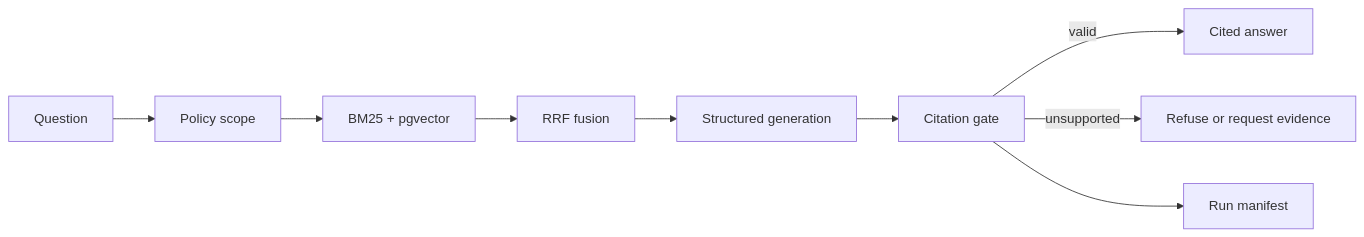
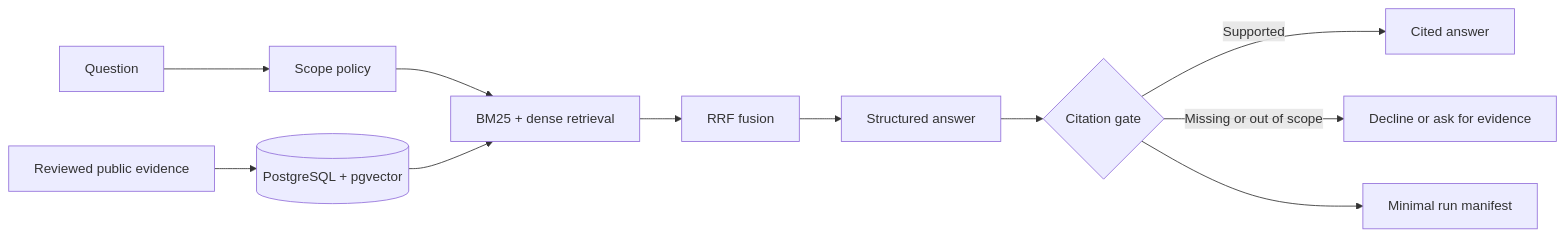
The diagram in README.md (catRiceY/career-evidence-agent), drawn with Mermaid before and after one commit. The commit also changed other lines of this file, not shown here.

Commit message:
Refresh Career Evidence Agent README with architecture and scope

````diff
--- a/README.md
+++ b/README.md
@@ -26,11 +19,13 @@
 ```mermaid
 flowchart LR
-    Q[Question] --> P[Policy scope]
-    P --> R[BM25 + pgvector]
-    R --> F[RRF fusion]
-    F --> G[Structured generation]
-    G --> C[Citation gate]
-    C -->|valid| A[Cited answer]
-    C -->|unsupported| X[Refuse or request evidence]
-    C --> M[Run manifest]
+    A[Reviewed public evidence] --> B[(PostgreSQL + pgvector)]
+    Q[Question] --> P[Scope policy]
+    P --> S[BM25 + dense retrieval]
+    B --> S
+    S --> F[RRF fusion]
+    F --> G[Structured answer]
+    G --> C{Citation gate}
+    C -->|Supported| Y[Cited answer]
+    C -->|Missing or out of scope| N[Decline or ask for evidence]
+    C --> M[Minimal run manifest]
 ```
````
